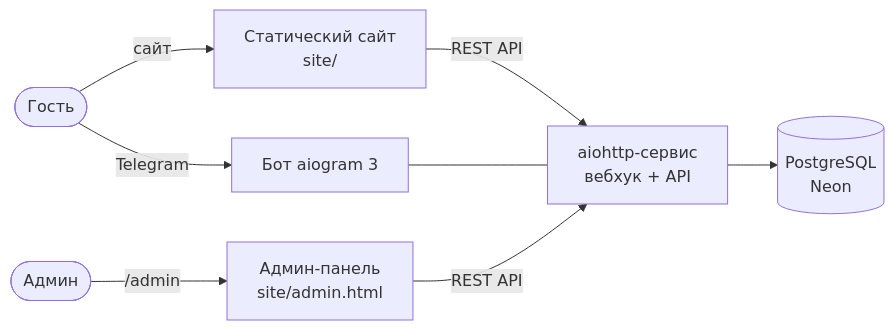
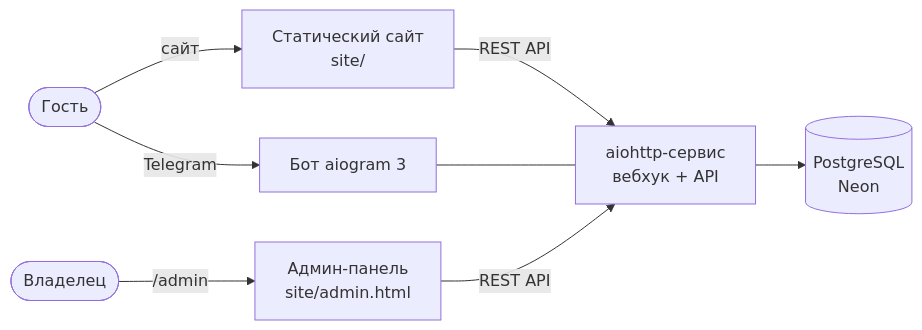
Before and after one commit to kassse1/Astana-Coffee-Express: the diagram in README.md, drawn with Mermaid. The commit also changed other lines of this file and 2 other files, not shown here.

````diff
--- a/README.md
+++ b/README.md
@@ -98,10 +114,10 @@
 ```mermaid
 flowchart LR
     G([Гость]) -->|сайт| S[Статический сайт<br/>site/]
     G -->|Telegram| B[Бот aiogram 3]
-    A([Админ]) -->|/admin| P[Админ-панель<br/>site/admin.html]
+    A([Владелец]) -->|/admin| P[Админ-панель<br/>site/admin.html]
     S -->|REST API| W[aiohttp-сервис<br/>вебхук + API]
     P -->|REST API| W
     B --- W
     W --> D[(PostgreSQL<br/>Neon)]
 ```
````
